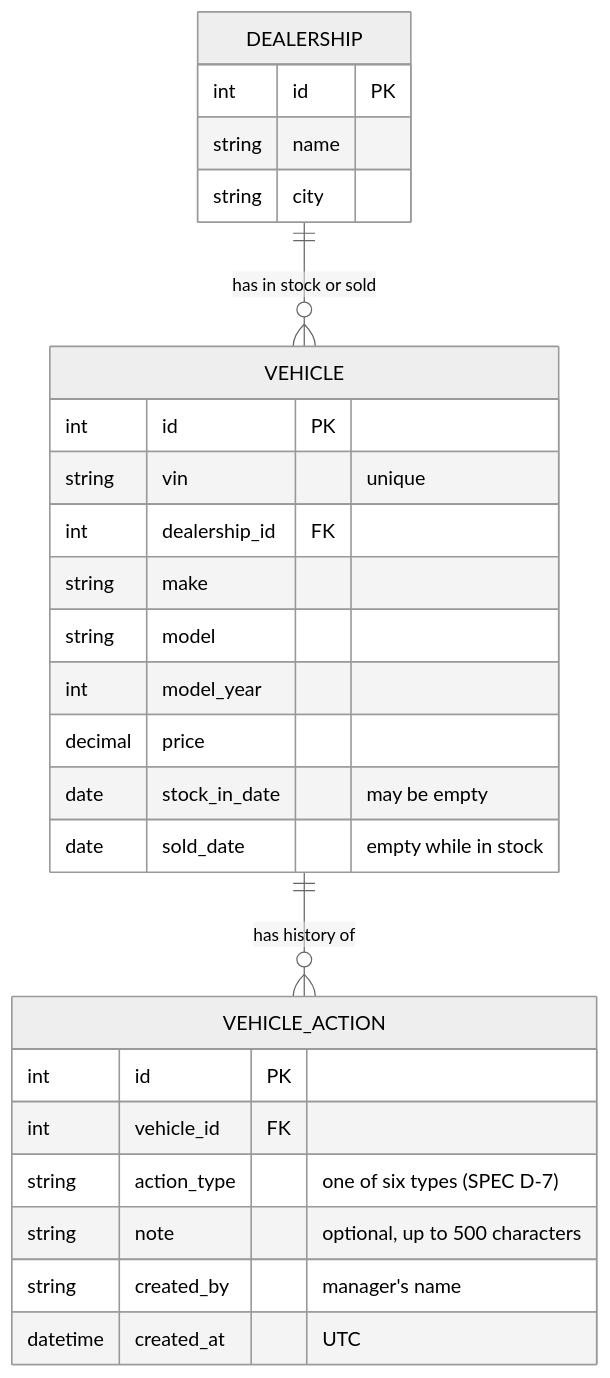
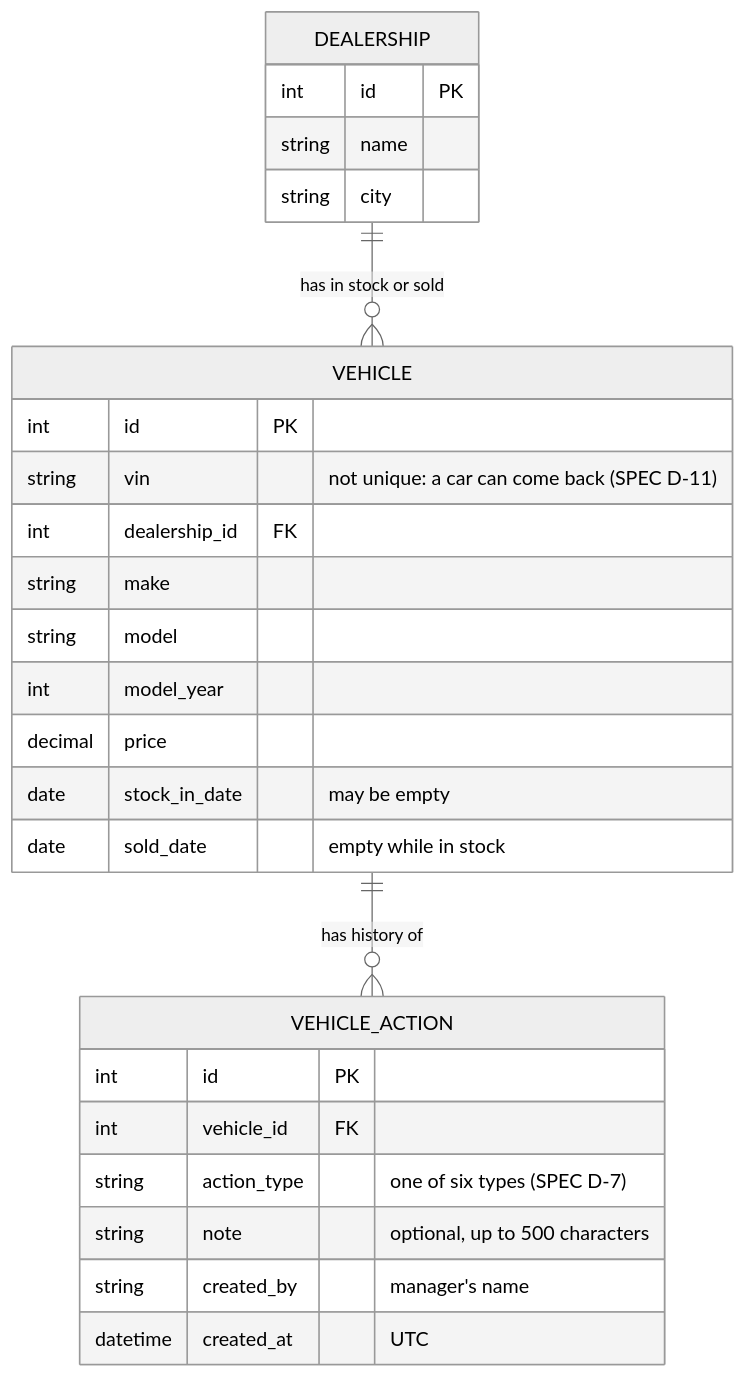
Before and after one commit to giang-nh/keyloop-inventory: the second of 4 diagrams in docs/SYSTEM_DESIGN.md, drawn with Mermaid (neutral theme). The commit also changed other lines of this file and 2 other files, not shown here.

````diff
--- a/docs/SYSTEM_DESIGN.md
+++ b/docs/SYSTEM_DESIGN.md
@@ -97,30 +109,30 @@
 ```mermaid
 erDiagram
     DEALERSHIP ||--o{ VEHICLE : "has in stock or sold"
     VEHICLE ||--o{ VEHICLE_ACTION : "has history of"
 
     DEALERSHIP {
         int id PK
         string name
         string city
     }
     VEHICLE {
         int id PK
-        string vin "unique"
+        string vin "not unique: a car can come back (SPEC D-11)"
         int dealership_id FK
         string make
         string model
         int model_year
         decimal price
         date stock_in_date "may be empty"
         date sold_date "empty while in stock"
     }
     VEHICLE_ACTION {
         int id PK
         int vehicle_id FK
         string action_type "one of six types (SPEC D-7)"
         string note "optional, up to 500 characters"
         string created_by "manager's name"
         datetime created_at "UTC"
     }
 ```
````
